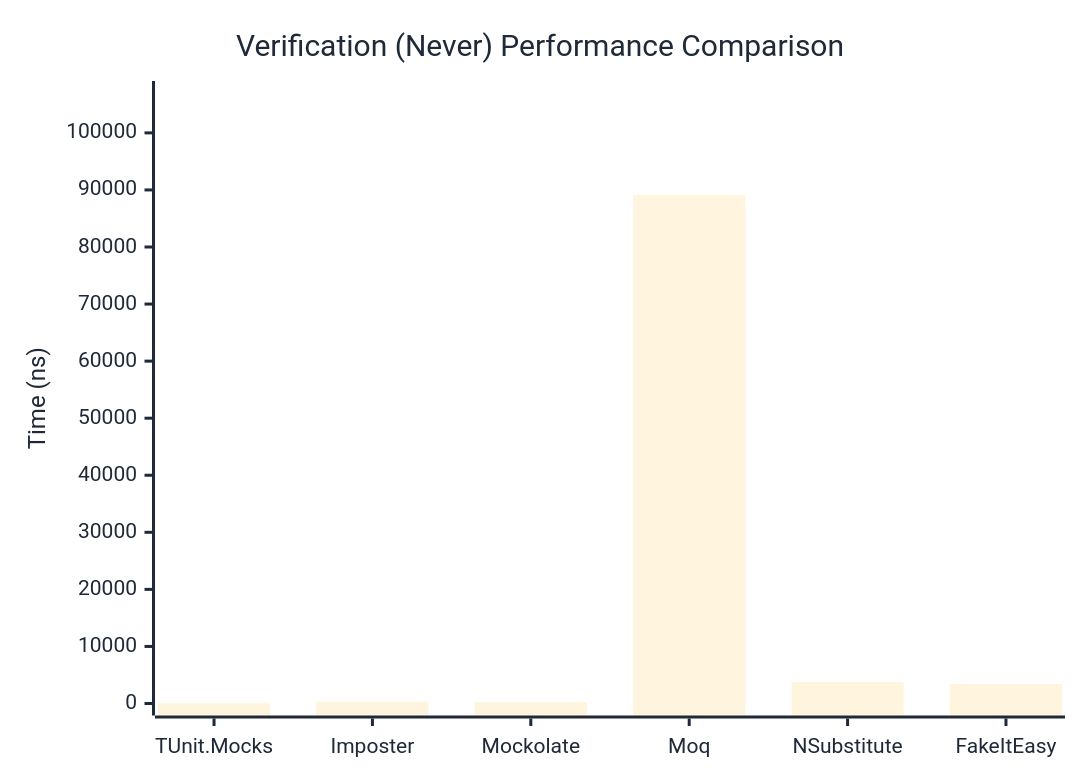
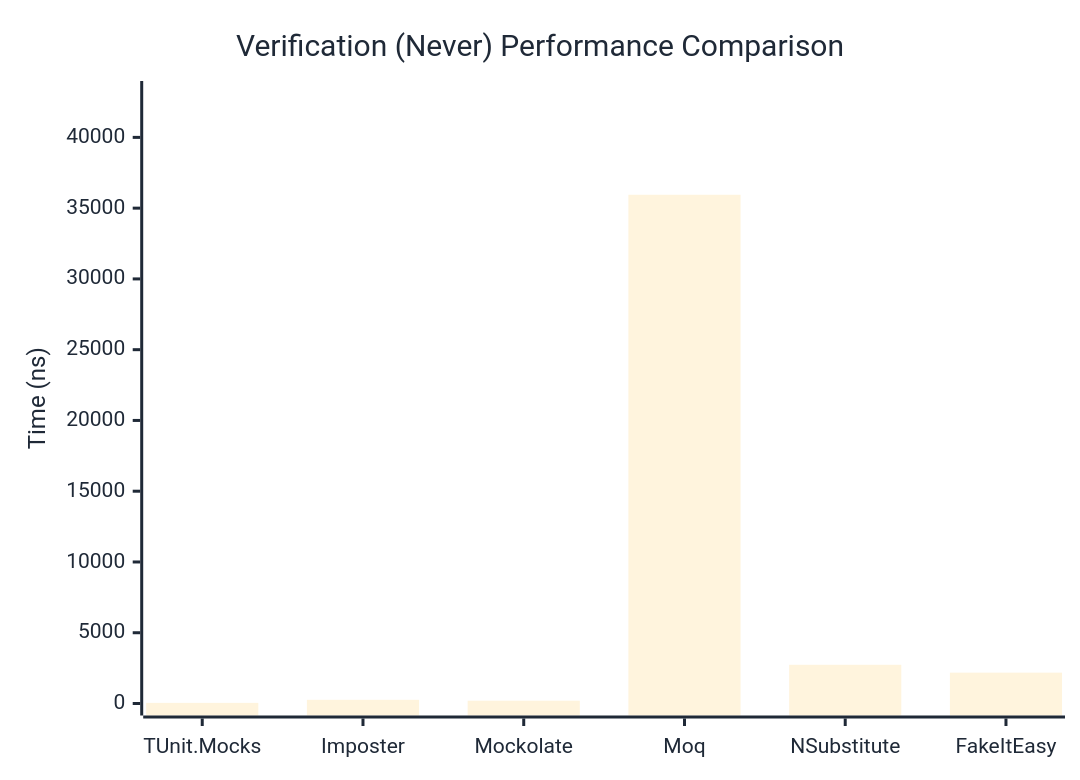
Before and after one commit to thomhurst/TUnit: the second of 3 diagrams in docs/docs/benchmarks/mocks/Verification.md, drawn with Mermaid. The commit also changed other lines of this file and 14 other files, not shown here.

````diff
--- a/docs/docs/benchmarks/mocks/Verification.md
+++ b/docs/docs/benchmarks/mocks/Verification.md
@@ -71,27 +71,27 @@
 ```mermaid
 %%{init: {
   'theme':'base',
   'themeVariables': {
     'primaryColor': '#2563eb',
     'primaryTextColor': '#1f2937',
     'primaryBorderColor': '#1e40af',
     'lineColor': '#6b7280',
     'secondaryColor': '#7c3aed',
     'tertiaryColor': '#dc2626',
     'background': '#ffffff',
     'pie1': '#2563eb',
     'pie2': '#7c3aed',
     'pie3': '#dc2626',
     'pie4': '#f59e0b',
     'pie5': '#10b981',
     'pie6': '#06b6d4',
     'pie7': '#ec4899',
     'pie8': '#6366f1'
   }
 }}%%
 xychart-beta
   title "Verification (Never) Performance Comparison"
   x-axis ["TUnit.Mocks", "Imposter", "Mockolate", "Moq", "NSubstitute", "FakeItEasy"]
-  y-axis "Time (ns)" 0 --> 106989
-  bar [49.92, 312.81, 223.05, 89157.37, 3779.39, 3427.83]
+  y-axis "Time (ns)" 0 --> 43136
+  bar [43.61, 260.35, 197.09, 35946.07, 2735.18, 2179.94]
 ```
````
